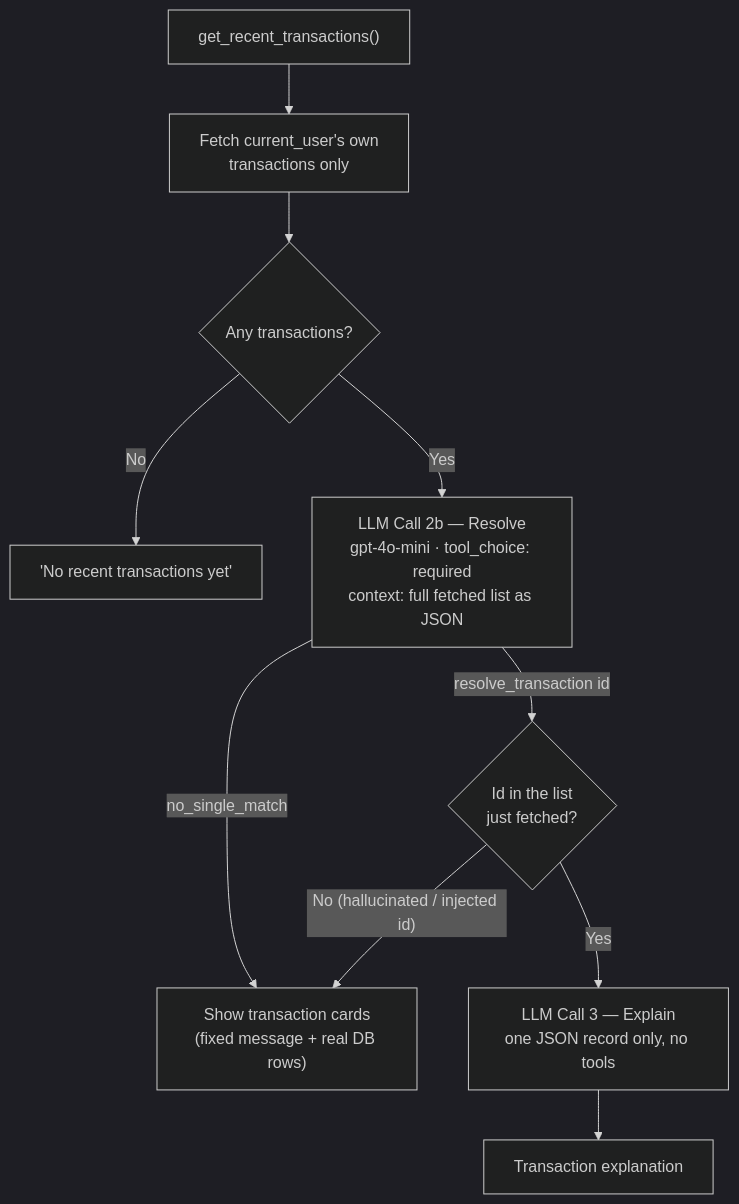
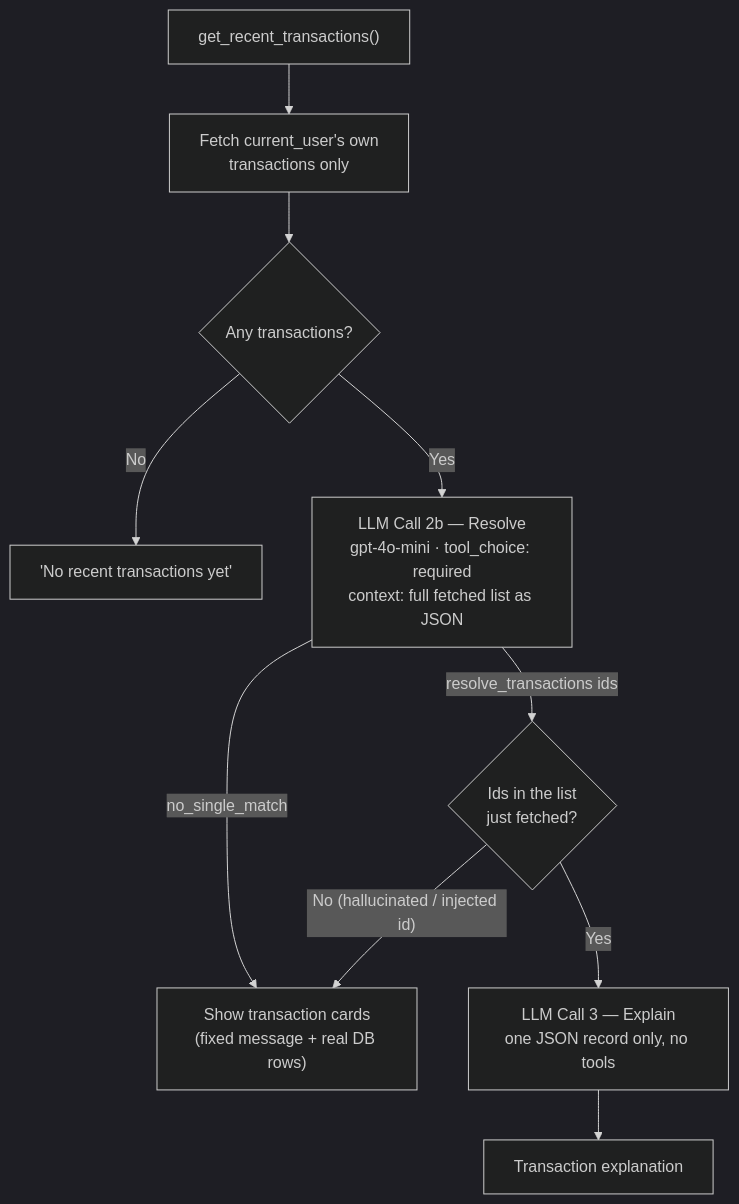
Before and after one commit to esakkiraja100116/ai-support-assistant: the third of 4 diagrams in docs/chat-tool-calling-flow.md, drawn with Mermaid (dark theme). The commit also changed other lines of this file and 27 other files, not shown here.

````diff
--- a/docs/chat-tool-calling-flow.md
+++ b/docs/chat-tool-calling-flow.md
@@ -50,12 +59,12 @@
 ```mermaid
 flowchart TD
     A["get_recent_transactions()"] --> B["Fetch current_user's own<br/>transactions only"]
     B --> C{"Any transactions?"}
     C -->|No| D["'No recent transactions yet'"]
     C -->|Yes| E["LLM Call 2b — Resolve<br/>gpt-4o-mini · tool_choice: required<br/>context: full fetched list as JSON"]
-    E -->|resolve_transaction id| F{"Id in the list<br/>just fetched?"}
+    E -->|resolve_transactions ids| F{"Ids in the list<br/>just fetched?"}
     E -->|no_single_match| G["Show transaction cards<br/>(fixed message + real DB rows)"]
     F -->|Yes| H["LLM Call 3 — Explain<br/>one JSON record only, no tools"]
     F -->|"No (hallucinated / injected id)"| G
     H --> I["Transaction explanation"]
 ```
````
